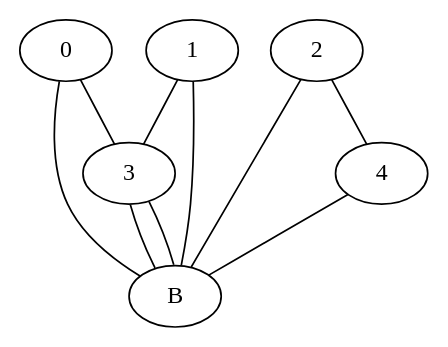
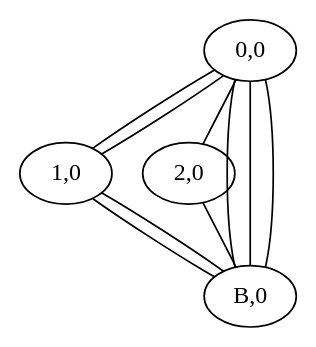
Before and after one commit to jpmarceaux/QuantumHardwareSubgroup: the diagram in lib/decoder_graph_files/decode_graph_X.dot, drawn with Graphviz. The commit also changed 14 other files, not shown here.

```diff
--- a/lib/decoder_graph_files/decode_graph_X.dot
+++ b/lib/decoder_graph_files/decode_graph_X.dot
@@ -1,11 +1,11 @@
 graph "" {
-	0 -- 3	[key=0];
-	0 -- B	[key=0];
-	1 -- 3	[key=0];
-	1 -- B	[key=0];
-	2 -- 4	[key=0];
-	2 -- B	[key=0];
-	3 -- B	[key=0];
-	3 -- B	[key=1];
-	4 -- B	[key=0];
+	"0,0" -- "1,0"	[key=0];
+	"0,0" -- "1,0"	[key=1];
+	"0,0" -- "2,0"	[key=0];
+	"0,0" -- "B,0"	[key=0];
+	"0,0" -- "B,0"	[key=1];
+	"0,0" -- "B,0"	[key=2];
+	"1,0" -- "B,0"	[key=0];
+	"1,0" -- "B,0"	[key=1];
+	"2,0" -- "B,0"	[key=0];
 }
```
